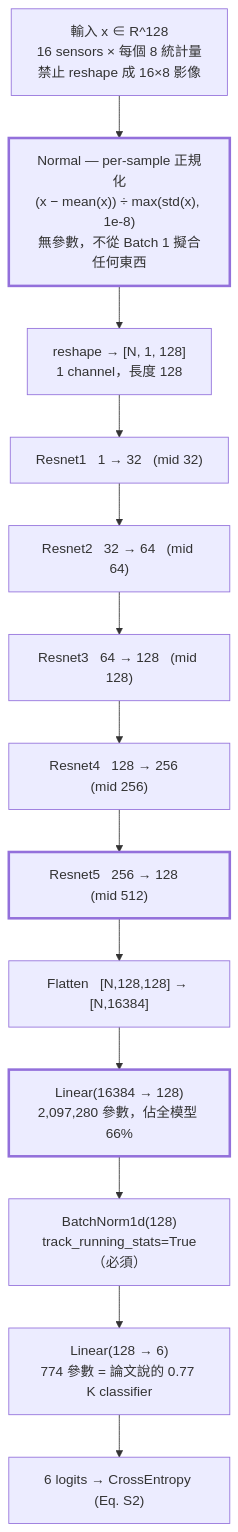
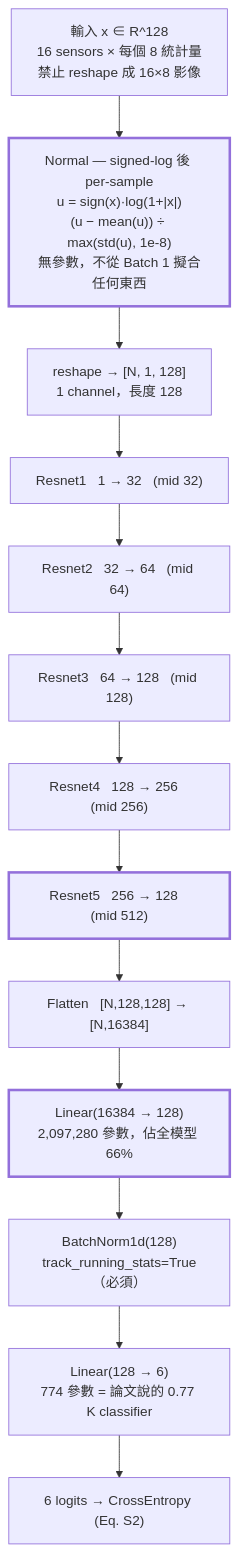
Before and after one commit to wintera1233/cdcnn: the first of 2 diagrams in baseline.md, drawn with Mermaid. The commit also changed other lines of this file and 3 other files, not shown here.

````diff
--- a/baseline.md
+++ b/baseline.md
@@ -13,22 +13,22 @@
 ```mermaid
 flowchart TD
     X["輸入 x ∈ R^128<br/>16 sensors × 每個 8 統計量<br/>禁止 reshape 成 16×8 影像"]
-    N["Normal — per-sample 正規化<br/>(x − mean(x)) ÷ max(std(x), 1e-8)<br/>無參數，不從 Batch 1 擬合任何東西"]
+    N["Normal — signed-log 後 per-sample<br/>u = sign(x)·log(1+|x|)<br/>(u − mean(u)) ÷ max(std(u), 1e-8)<br/>無參數，不從 Batch 1 擬合任何東西"]
     R["reshape → [N, 1, 128]<br/>1 channel，長度 128"]
     B1["Resnet1 &nbsp; 1 → 32 &nbsp; (mid 32)"]
     B2["Resnet2 &nbsp; 32 → 64 &nbsp; (mid 64)"]
     B3["Resnet3 &nbsp; 64 → 128 &nbsp; (mid 128)"]
     B4["Resnet4 &nbsp; 128 → 256 &nbsp; (mid 256)"]
     B5["Resnet5 &nbsp; 256 → 128 &nbsp; (mid 512)"]
     F["Flatten &nbsp; [N,128,128] → [N,16384]"]
     L1["Linear(16384 → 128)<br/>2,097,280 參數，佔全模型 66%"]
     BN["BatchNorm1d(128)<br/>track_running_stats=True（必須）"]
     L2["Linear(128 → 6)<br/>774 參數 = 論文說的 0.77 K classifier"]
     Y["6 logits → CrossEntropy (Eq. S2)"]
 
     X --> N --> R --> B1 --> B2 --> B3 --> B4 --> B5 --> F --> L1 --> BN --> L2 --> Y
 
     style B5 stroke-width:3px
     style L1 stroke-width:3px
     style N stroke-width:3px
 ```
````
